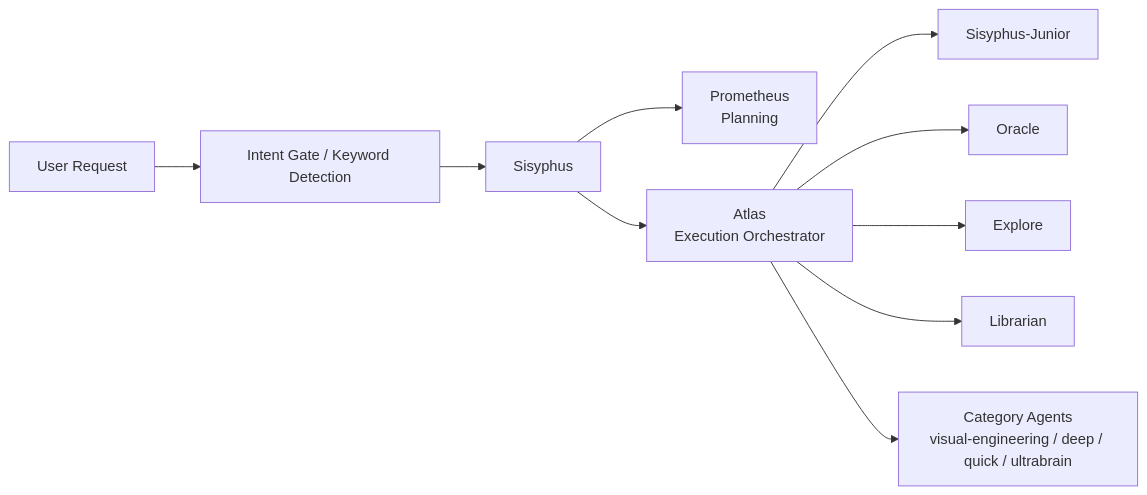
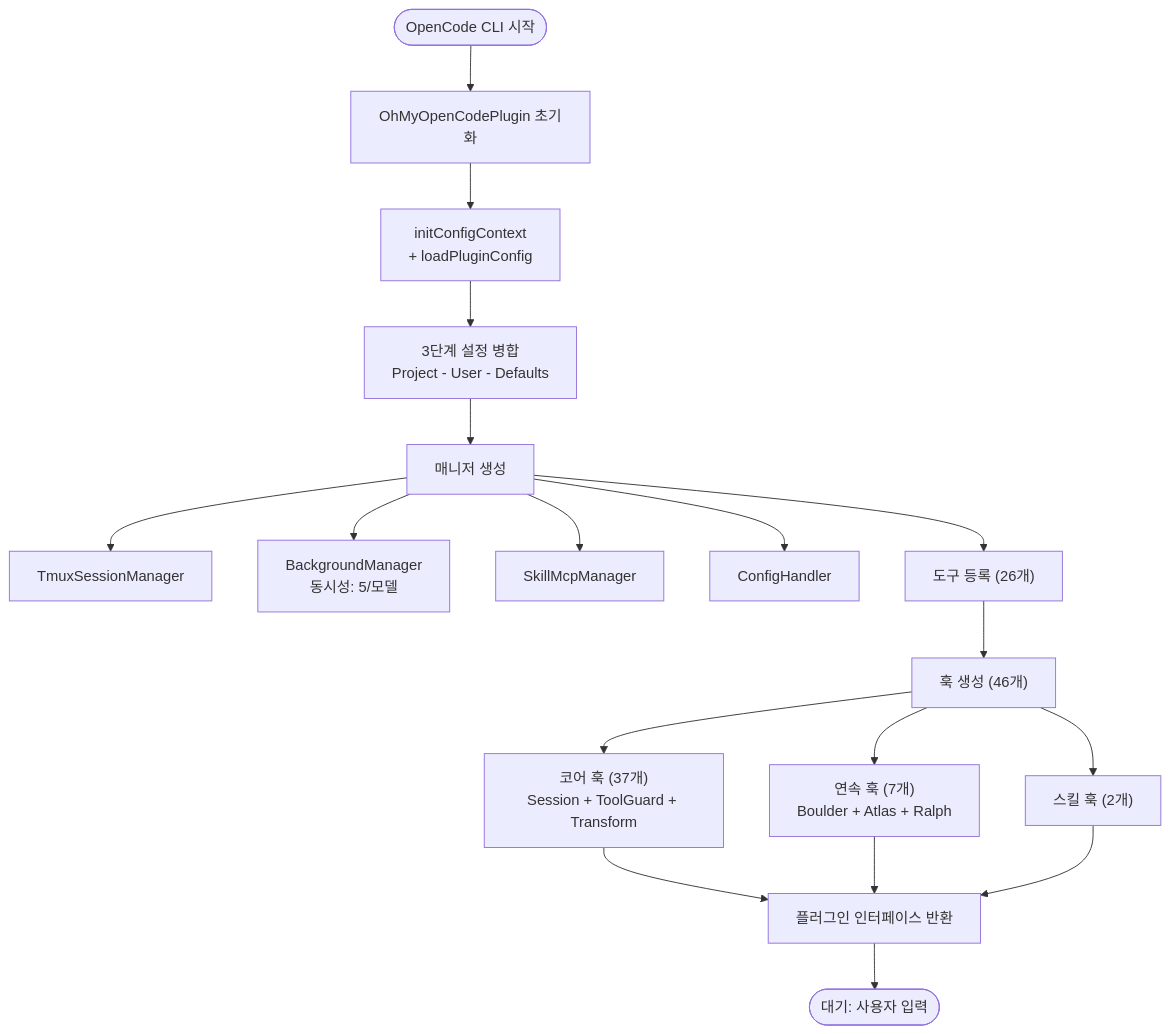
One commit to kimchanhyung98/agentic-workflows changed the first of 10 diagrams in docs/oh-my-openagent/00-diagram.md. Above: the diagram before and after it, drawn with Mermaid. The commit also changed other lines of this file and 1 other file, not shown here.

First line of the commit message:
docs: rewrite oh-my-openagent analysis to match diagram structure

````diff
--- a/docs/oh-my-openagent/00-diagram.md
+++ b/docs/oh-my-openagent/00-diagram.md
@@ -17,12 +5,18 @@
 ```mermaid
-flowchart LR
-    U[User Request] --> I[Intent Gate / Keyword Detection]
-    I --> S[Sisyphus]
-    S --> P[Prometheus<br/>Planning]
-    S --> A[Atlas<br/>Execution Orchestrator]
-    A --> W1[Sisyphus-Junior]
-    A --> W2[Oracle]
-    A --> W3[Explore]
-    A --> W4[Librarian]
-    A --> W5[Category Agents<br/>visual-engineering / deep / quick / ultrabrain]
+flowchart TD
+    START([OpenCode CLI 시작]) --> INIT[OhMyOpenCodePlugin 초기화]
+    INIT --> CONFIG[initConfigContext<br/>+ loadPluginConfig]
+    CONFIG --> MERGE["3단계 설정 병합<br/>Project - User - Defaults"]
+    MERGE --> MANAGERS[매니저 생성]
+    MANAGERS --> MGR_TMUX[TmuxSessionManager]
+    MANAGERS --> MGR_BG["BackgroundManager<br/>동시성: 5/모델"]
+    MANAGERS --> MGR_SKILL[SkillMcpManager]
+    MANAGERS --> MGR_CFG[ConfigHandler]
+    MANAGERS --> TOOLS["도구 등록 (26개)"]
+    TOOLS --> HOOKS["훅 생성 (46개)"]
+    HOOKS --> H_CORE["코어 훅 (37개)<br/>Session + ToolGuard + Transform"]
+    HOOKS --> H_CONT["연속 훅 (7개)<br/>Boulder + Atlas + Ralph"]
+    HOOKS --> H_SKILL["스킬 훅 (2개)"]
+    H_CORE & H_CONT & H_SKILL --> PLUGIN[플러그인 인터페이스 반환]
+    PLUGIN --> READY([대기: 사용자 입력])
 ```
````
